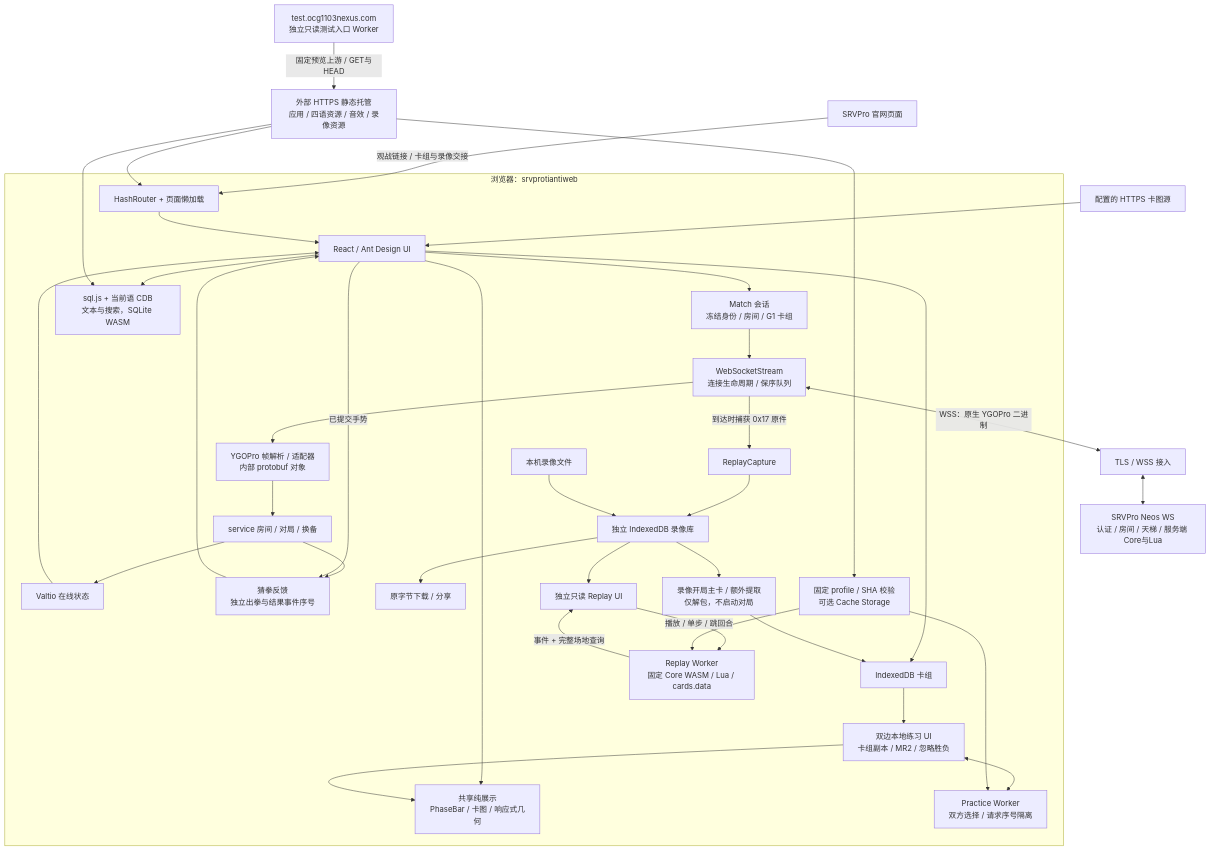
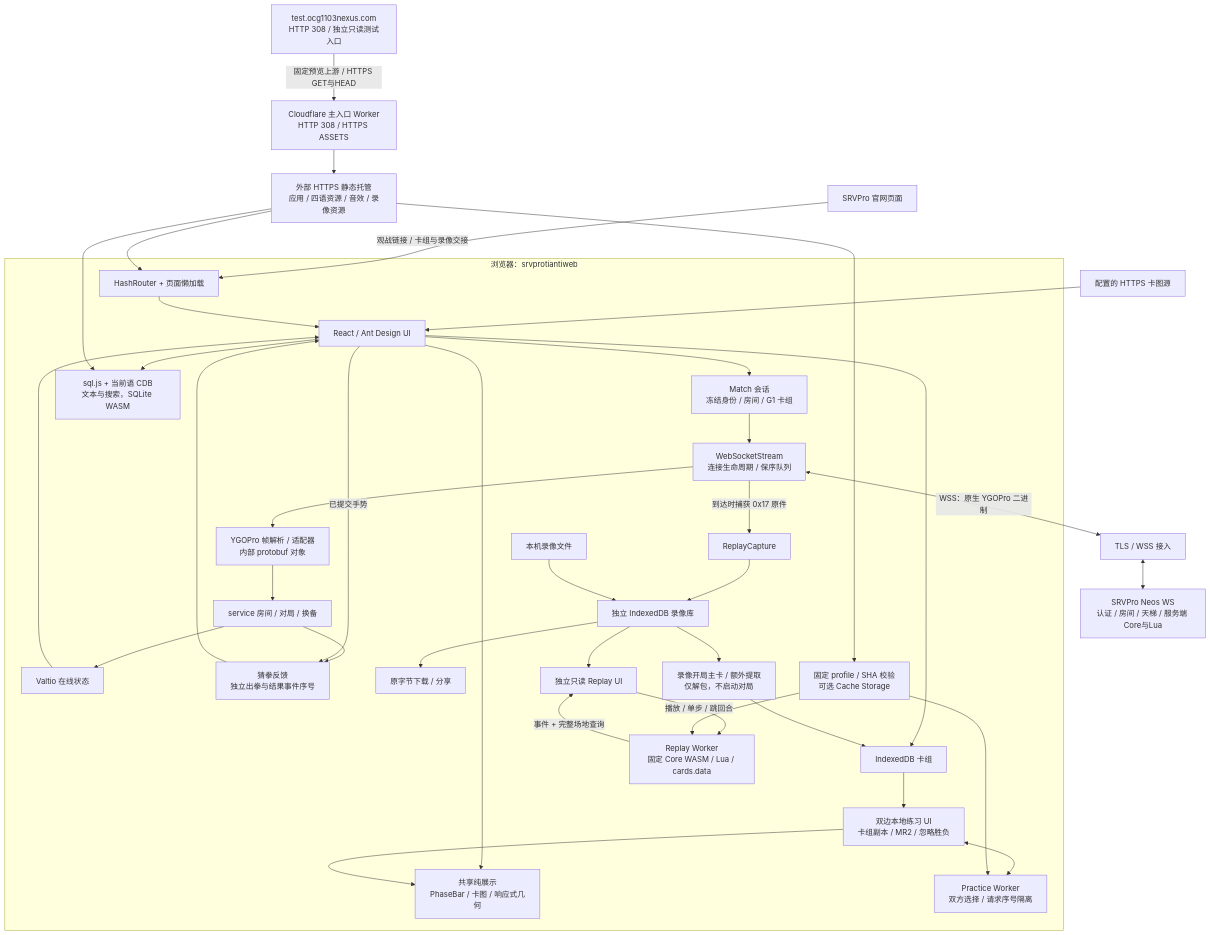
The first of 4 diagrams in docs/ARCHITECTURE.md (301zrg/srvprotiantiweb), drawn with Mermaid before and after one commit. The commit also changed other lines of this file and 13 other files, not shown here.

Commit message:
Fix HTTPS preview entry and mobile rule disclosure

````diff
--- a/docs/ARCHITECTURE.md
+++ b/docs/ARCHITECTURE.md
@@ -9,40 +9,41 @@
 ```mermaid
 flowchart TB
   Website["SRVPro 官网页面"] -->|"观战链接 / 卡组与录像交接"| Router
   Static["外部 HTTPS 静态托管<br/>应用 / 四语资源 / 音效 / 录像资源"] --> Router
-  TestEntry["test.ocg1103nexus.com<br/>独立只读测试入口 Worker"] -->|"固定预览上游 / GET与HEAD"| Static
+  StaticEntry["Cloudflare 主入口 Worker<br/>HTTP 308 / HTTPS ASSETS"] --> Static
+  TestEntry["test.ocg1103nexus.com<br/>HTTP 308 / 独立只读测试入口"] -->|"固定预览上游 / HTTPS GET与HEAD"| StaticEntry
   Images["配置的 HTTPS 卡图源"] --> UI
   subgraph Browser["浏览器：srvprotiantiweb"]
     Router["HashRouter + 页面懒加载"] --> UI["React / Ant Design UI"]
     UI --> Join["Match 会话<br/>冻结身份 / 房间 / G1 卡组"]
     UI --> SharedDisplay["共享纯展示<br/>PhaseBar / 卡图 / 响应式几何"]
     Join --> Transport["WebSocketStream<br/>连接生命周期 / 保序队列"]
     Transport --> Adapter["YGOPro 帧解析 / 适配器<br/>内部 protobuf 对象"]
     Adapter --> Services["service 房间 / 对局 / 换备"]
     Services --> Stores["Valtio 在线状态"]
     Stores --> UI
     Services --> RpsNotice["猜拳反馈<br/>独立出拳与结果事件序号"]
     UI -->|"已提交手势"| RpsNotice
     RpsNotice --> UI
     UI --> Sqlite["sql.js + 当前语 CDB<br/>文本与搜索，SQLite WASM"]
     UI --> Decks["IndexedDB 卡组"]
     Transport -->|"到达时捕获 0x17 原件"| Capture["ReplayCapture"]
     Capture --> Library["独立 IndexedDB 录像库"]
     Files["本机录像文件"] --> Library
     Library --> Export["原字节下载 / 分享"]
     Library --> Player["独立只读 Replay UI"]
     Player -->|"播放 / 单步 / 跳回合"| Worker["Replay Worker<br/>固定 Core WASM / Lua / cards.data"]
     Worker -->|"事件 + 完整场地查询"| Player
     Profile["固定 profile / SHA 校验<br/>可选 Cache Storage"] --> Worker
     Library --> Extract["录像开局主卡 / 额外提取<br/>仅解包，不启动对局"]
     Extract --> Decks
     Decks --> Practice["双边本地练习 UI<br/>卡组副本 / MR2 / 忽略胜负"]
     Practice --> SharedDisplay
     Practice <--> PracticeWorker["Practice Worker<br/>双方选择 / 请求序号隔离"]
     Profile --> PracticeWorker
   end
   Transport <-->|"WSS：原生 YGOPro 二进制"| Gateway["TLS / WSS 接入"]
   Gateway <--> Server["SRVPro Neos WS<br/>认证 / 房间 / 天梯 / 服务端 Core与Lua"]
   Static --> Sqlite
   Static --> Profile
 ```
````
